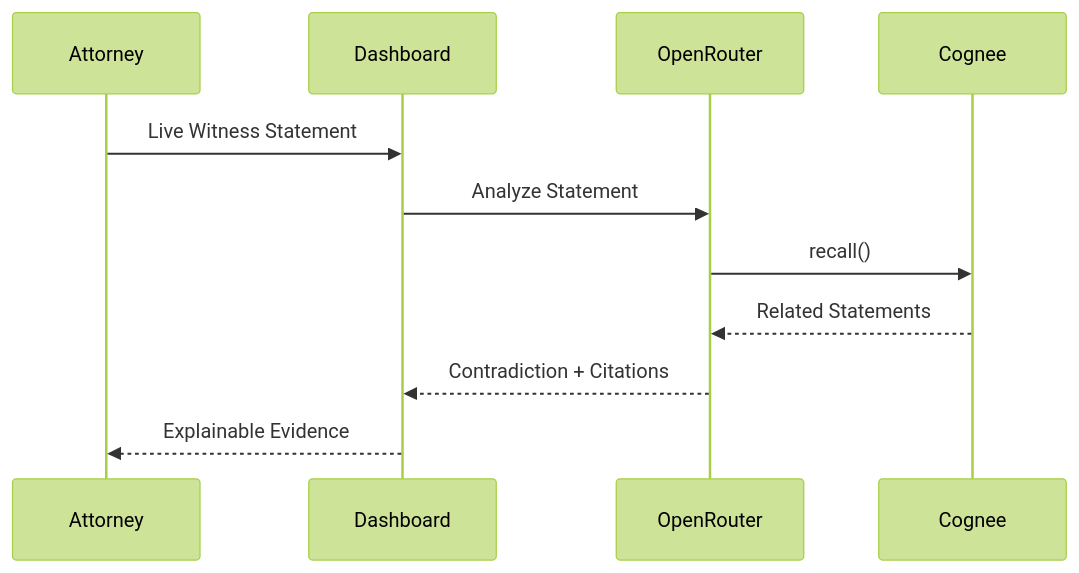
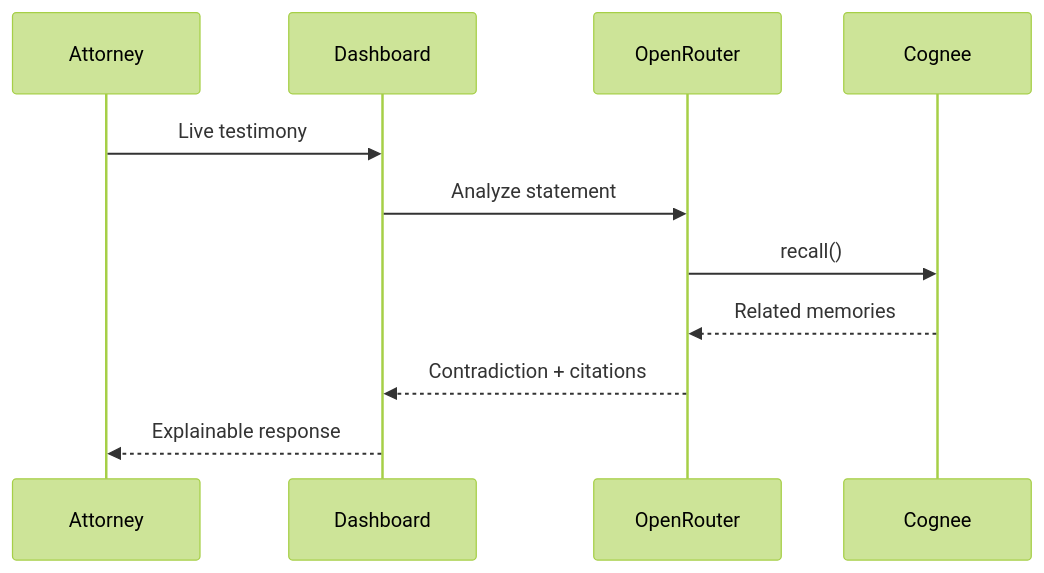
One commit to Danish26-dev/Crosslens changed the second of 3 diagrams in README.md. Above: the diagram before and after it, drawn with Mermaid (forest theme). The commit also changed other lines of this file, not shown here.

````diff
--- a/README.md
+++ b/README.md
@@ -221,20 +174,20 @@
 ```mermaid
 sequenceDiagram
 
 participant Attorney
 participant Dashboard
 participant OpenRouter
 participant Cognee
 
-Attorney->>Dashboard: Live Witness Statement
+Attorney->>Dashboard: Live testimony
 
-Dashboard->>OpenRouter: Analyze Statement
+Dashboard->>OpenRouter: Analyze statement
 
 OpenRouter->>Cognee: recall()
 
-Cognee-->>OpenRouter: Related Statements
+Cognee-->>OpenRouter: Related memories
 
-OpenRouter-->>Dashboard: Contradiction + Citations
+OpenRouter-->>Dashboard: Contradiction + citations
 
-Dashboard-->>Attorney: Explainable Evidence
+Dashboard-->>Attorney: Explainable response
 ```
````
